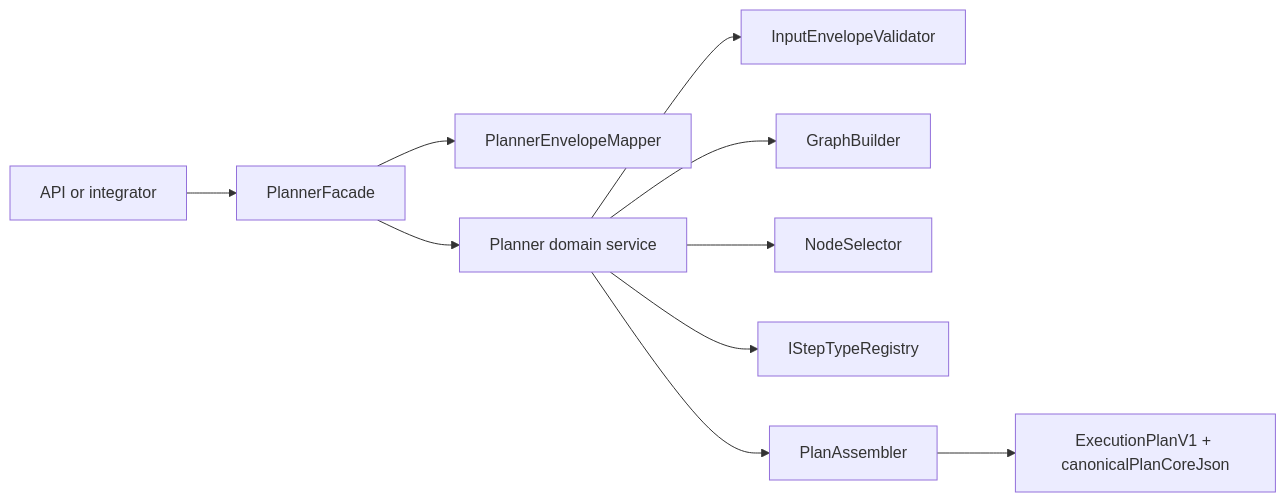
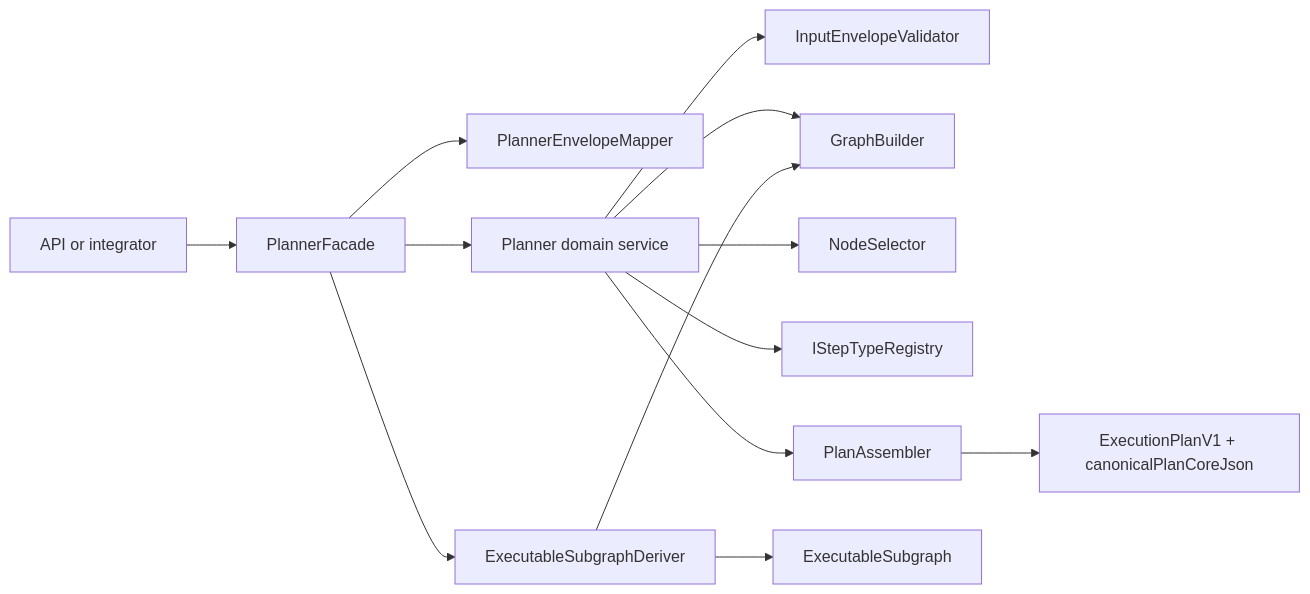
One commit to dunay2/dvt changed the diagram in docs/architecture/components/planner/index.md. Above: the diagram before and after it, drawn with Mermaid. The commit also changed other lines of this file and 62 other files, not shown here.

````diff
--- a/docs/architecture/components/planner/index.md
+++ b/docs/architecture/components/planner/index.md
@@ -53,12 +56,15 @@
 ```mermaid
 flowchart LR
   Caller["API or integrator"] --> Facade["PlannerFacade"]
   Facade --> Mapper["PlannerEnvelopeMapper"]
   Facade --> Planner["Planner domain service"]
+  Facade --> Deriver["ExecutableSubgraphDeriver"]
   Planner --> Validator["InputEnvelopeValidator"]
   Planner --> Graph["GraphBuilder"]
   Planner --> Selector["NodeSelector"]
+  Deriver --> Graph
   Planner --> Registry["IStepTypeRegistry"]
   Planner --> Assembler["PlanAssembler"]
   Assembler --> Plan["ExecutionPlanV1 + canonicalPlanCoreJson"]
+  Deriver --> Subgraph["ExecutableSubgraph"]
 ```
````
